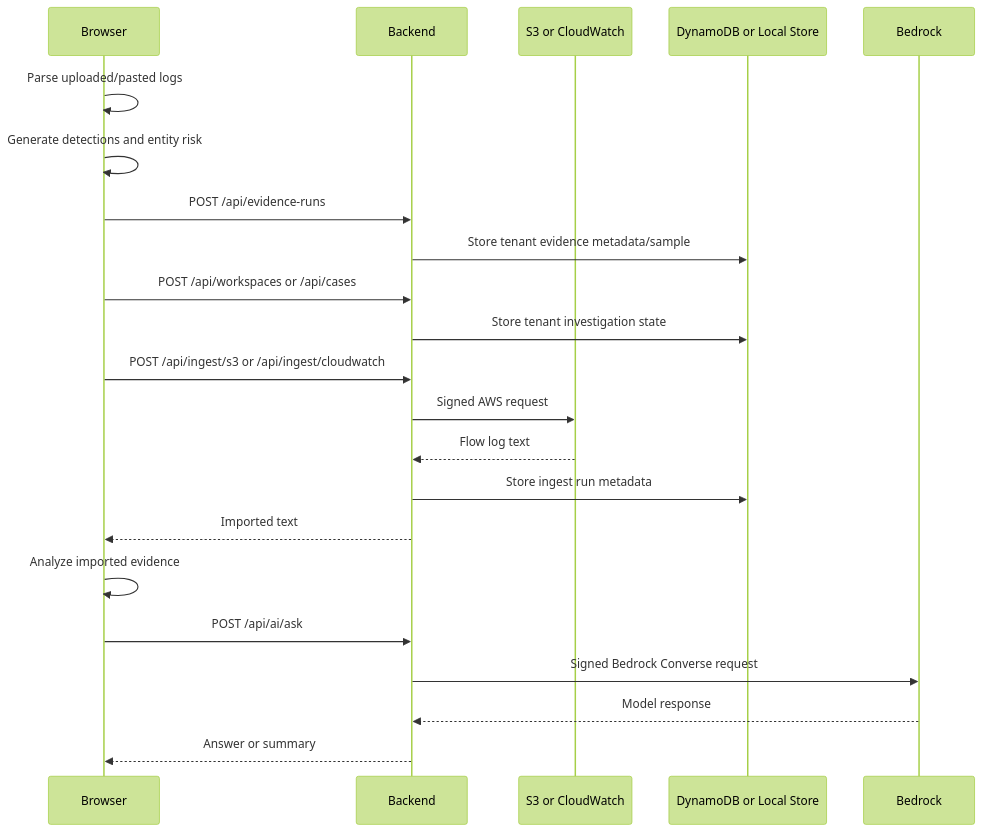
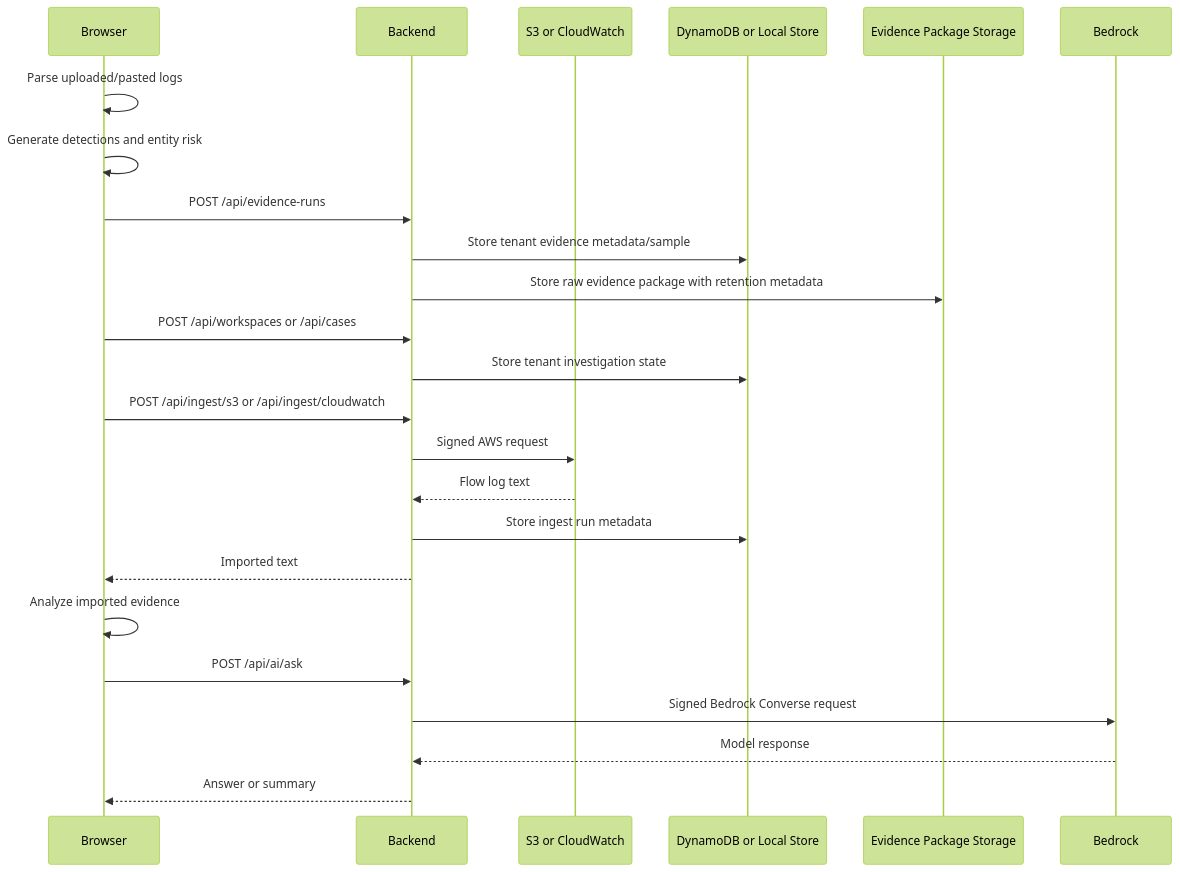
Before and after one commit to jaysonguglietta/SignalPrismNDR: the second of 2 diagrams in docs/ARCHITECTURE.md, drawn with Mermaid (forest theme). The commit also changed other lines of this file and 26 other files, not shown here.

Commit message:
Add evidence retention admin and async ingest

````diff
--- a/docs/ARCHITECTURE.md
+++ b/docs/ARCHITECTURE.md
@@ -119,25 +132,27 @@
 ```mermaid
 sequenceDiagram
   participant B as Browser
   participant A as Backend
   participant S as S3 or CloudWatch
   participant D as DynamoDB or Local Store
+  participant E as Evidence Package Storage
   participant R as Bedrock
 
   B->>B: Parse uploaded/pasted logs
   B->>B: Generate detections and entity risk
   B->>A: POST /api/evidence-runs
   A->>D: Store tenant evidence metadata/sample
+  A->>E: Store raw evidence package with retention metadata
   B->>A: POST /api/workspaces or /api/cases
   A->>D: Store tenant investigation state
   B->>A: POST /api/ingest/s3 or /api/ingest/cloudwatch
   A->>S: Signed AWS request
   S-->>A: Flow log text
   A->>D: Store ingest run metadata
   A-->>B: Imported text
   B->>B: Analyze imported evidence
   B->>A: POST /api/ai/ask
   A->>R: Signed Bedrock Converse request
   R-->>A: Model response
   A-->>B: Answer or summary
 ```
````
